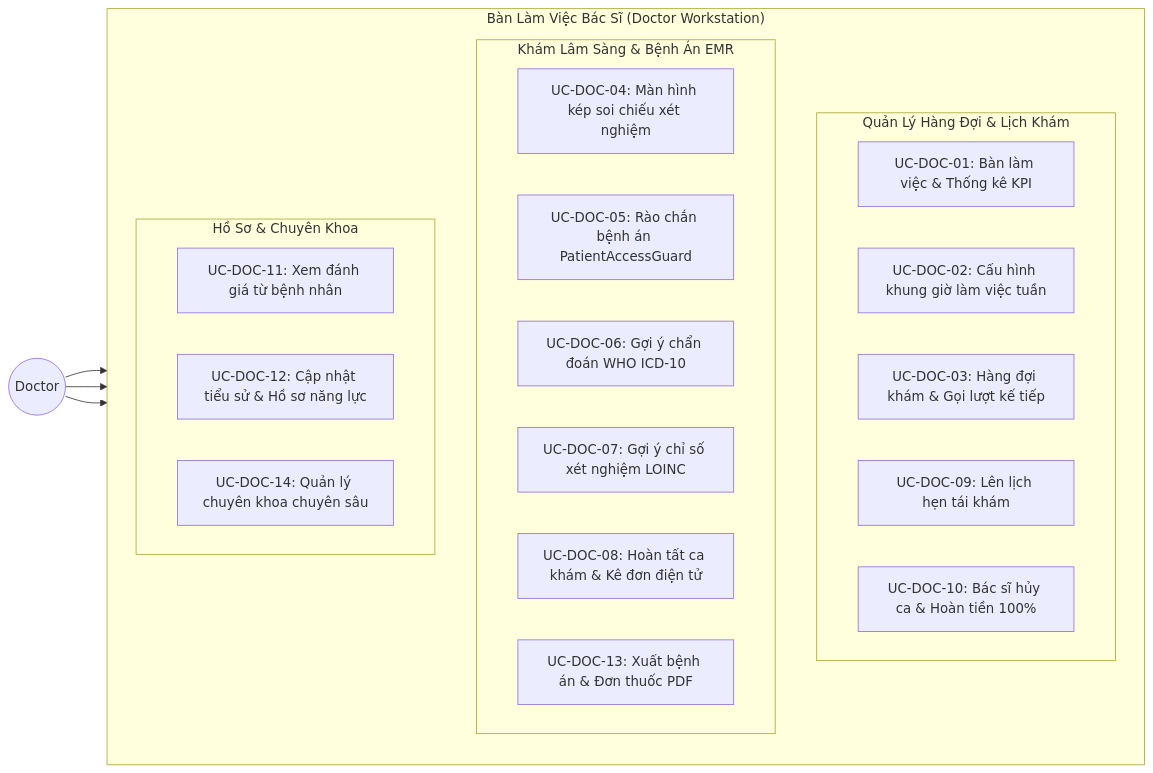
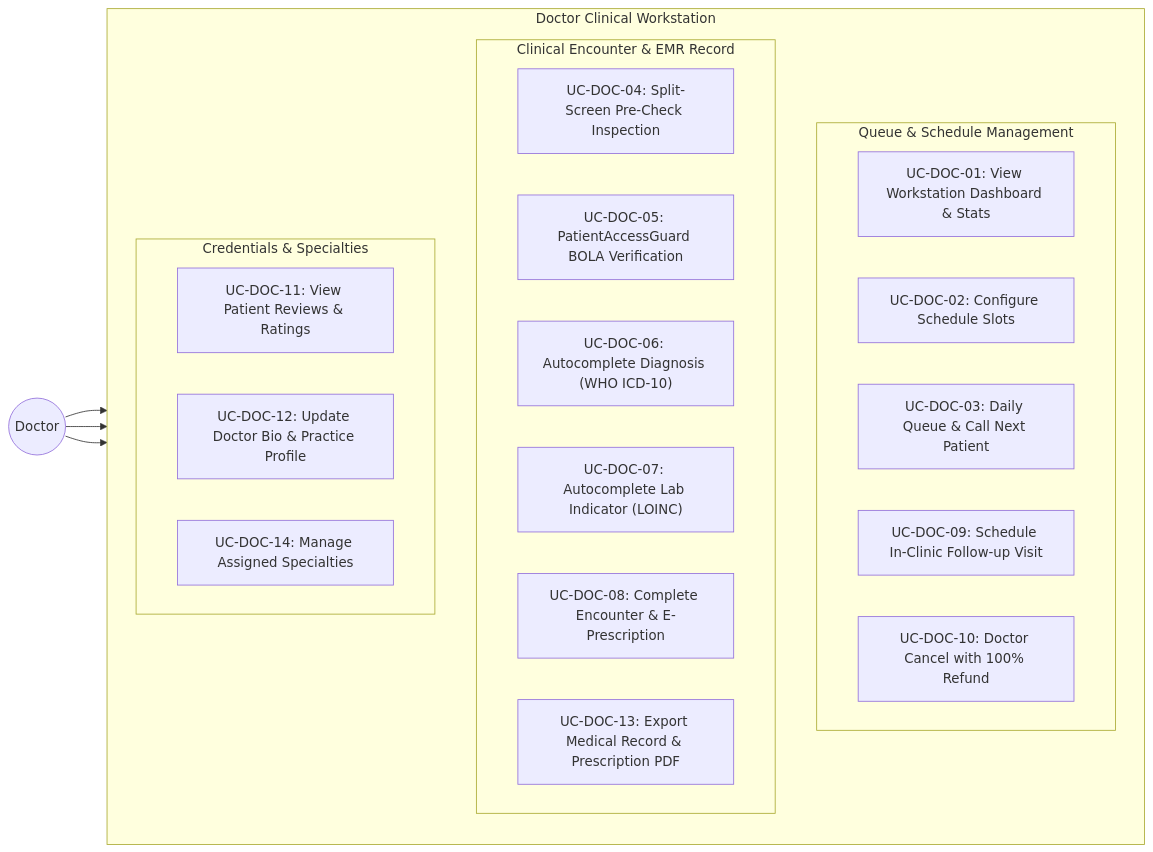
Before and after one commit to vinhhotff/KLTN-medical-assistant: the fifth of 8 diagrams in docs/SRS_MediAssist_AI.md, drawn with Mermaid. The commit also changed other lines of this file and 1 other file, not shown here.

First line of the commit message:
refactor(srs): translate all 5 modular use case diagrams into 100% English

````diff
--- a/docs/SRS_MediAssist_AI.md
+++ b/docs/SRS_MediAssist_AI.md
@@ -359,32 +359,32 @@
 ```mermaid
 flowchart LR
     D(("Doctor"))
 
-    subgraph DoctorDomain["Bàn Làm Việc Bác Sĩ (Doctor Workstation)"]
+    subgraph DoctorDomain["Doctor Clinical Workstation"]
         direction TB
-        subgraph QueueGroup["Quản Lý Hàng Đợi & Lịch Khám"]
-            UC_DOC01["UC-DOC-01: Bàn làm việc & Thống kê KPI"]
-            UC_DOC02["UC-DOC-02: Cấu hình khung giờ làm việc tuần"]
-            UC_DOC03["UC-DOC-03: Hàng đợi khám & Gọi lượt kế tiếp"]
-            UC_DOC09["UC-DOC-09: Lên lịch hẹn tái khám"]
-            UC_DOC10["UC-DOC-10: Bác sĩ hủy ca & Hoàn tiền 100%"]
+        subgraph QueueGroup["Queue & Schedule Management"]
+            UC_DOC01["UC-DOC-01: View Workstation Dashboard & Stats"]
+            UC_DOC02["UC-DOC-02: Configure Schedule Slots"]
+            UC_DOC03["UC-DOC-03: Daily Queue & Call Next Patient"]
+            UC_DOC09["UC-DOC-09: Schedule In-Clinic Follow-up Visit"]
+            UC_DOC10["UC-DOC-10: Doctor Cancel with 100% Refund"]
         end
-        subgraph ClinicalGroup["Khám Lâm Sàng & Bệnh Án EMR"]
-            UC_DOC04["UC-DOC-04: Màn hình kép soi chiếu xét nghiệm"]
-            UC_DOC05["UC-DOC-05: Rào chắn bệnh án PatientAccessGuard"]
-            UC_DOC06["UC-DOC-06: Gợi ý chẩn đoán WHO ICD-10"]
-            UC_DOC07["UC-DOC-07: Gợi ý chỉ số xét nghiệm LOINC"]
-            UC_DOC08["UC-DOC-08: Hoàn tất ca khám & Kê đơn điện tử"]
-            UC_DOC13["UC-DOC-13: Xuất bệnh án & Đơn thuốc PDF"]
+        subgraph ClinicalGroup["Clinical Encounter & EMR Record"]
+            UC_DOC04["UC-DOC-04: Split-Screen Pre-Check Inspection"]
+            UC_DOC05["UC-DOC-05: PatientAccessGuard BOLA Verification"]
+            UC_DOC06["UC-DOC-06: Autocomplete Diagnosis (WHO ICD-10)"]
+            UC_DOC07["UC-DOC-07: Autocomplete Lab Indicator (LOINC)"]
+            UC_DOC08["UC-DOC-08: Complete Encounter & E-Prescription"]
+            UC_DOC13["UC-DOC-13: Export Medical Record & Prescription PDF"]
         end
-        subgraph ProfileGroup["Hồ Sơ & Chuyên Khoa"]
-            UC_DOC11["UC-DOC-11: Xem đánh giá từ bệnh nhân"]
-            UC_DOC12["UC-DOC-12: Cập nhật tiểu sử & Hồ sơ năng lực"]
-            UC_DOC14["UC-DOC-14: Quản lý chuyên khoa chuyên sâu"]
+        subgraph ProfileGroup["Credentials & Specialties"]
+            UC_DOC11["UC-DOC-11: View Patient Reviews & Ratings"]
+            UC_DOC12["UC-DOC-12: Update Doctor Bio & Practice Profile"]
+            UC_DOC14["UC-DOC-14: Manage Assigned Specialties"]
         end
     end
 
     D --> QueueGroup
     D --> ClinicalGroup
     D --> ProfileGroup
 ```
````
